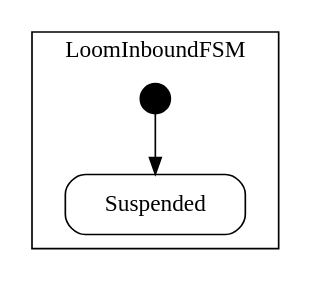
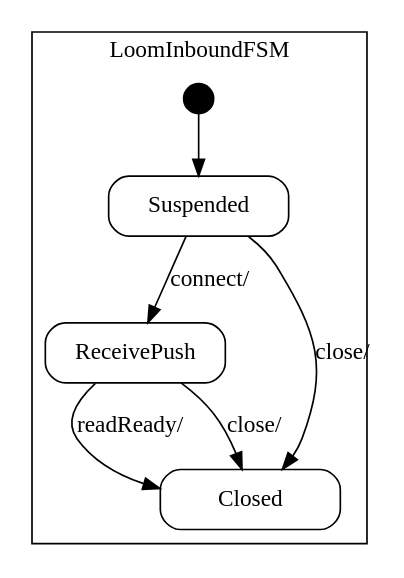
One commit to vmehra-sfdc/Ouroboros changed the diagram in consumer/doc/LoomInbound_sm.dot. Above: the diagram before and after it, drawn with Graphviz. The commit also changed 62 other files, not shown here.

```diff
--- a/consumer/doc/LoomInbound_sm.dot
+++ b/consumer/doc/LoomInbound_sm.dot
@@ -1,27 +1,45 @@
 digraph LoomInbound {
 
     node
         [shape=Mrecord width=1.5];
 
     subgraph cluster_LoomInboundFSM {
 
         label="LoomInboundFSM";
 
         //
         // States (Nodes)
         //
 
         "LoomInboundFSM::Suspended"
             [label="{Suspended}"];
 
+        "LoomInboundFSM::ReceivePush"
+            [label="{ReceivePush}"];
+
+        "LoomInboundFSM::Closed"
+            [label="{Closed}"];
+
         "%start"
             [label="" shape=circle style=filled fillcolor=black width=0.25];
 
         //
         // Transitions (Edges)
         //
 
+        "LoomInboundFSM::Suspended" -> "LoomInboundFSM::ReceivePush"
+            [label="connect/\l"];
+
+        "LoomInboundFSM::Suspended" -> "LoomInboundFSM::Closed"
+            [label="close/\l"];
+
+        "LoomInboundFSM::ReceivePush" -> "LoomInboundFSM::Closed"
+            [label="readReady/\l"];
+
+        "LoomInboundFSM::ReceivePush" -> "LoomInboundFSM::Closed"
+            [label="close/\l"];
+
         "%start" -> "LoomInboundFSM::Suspended"
     }
 
 }
```
